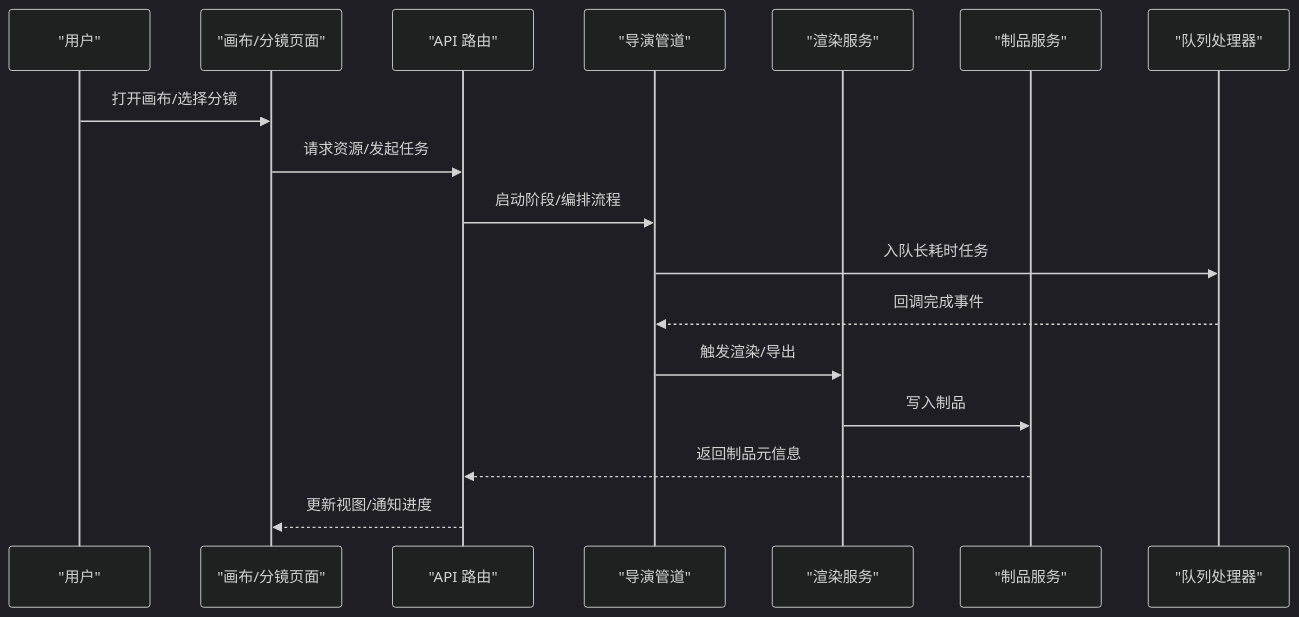
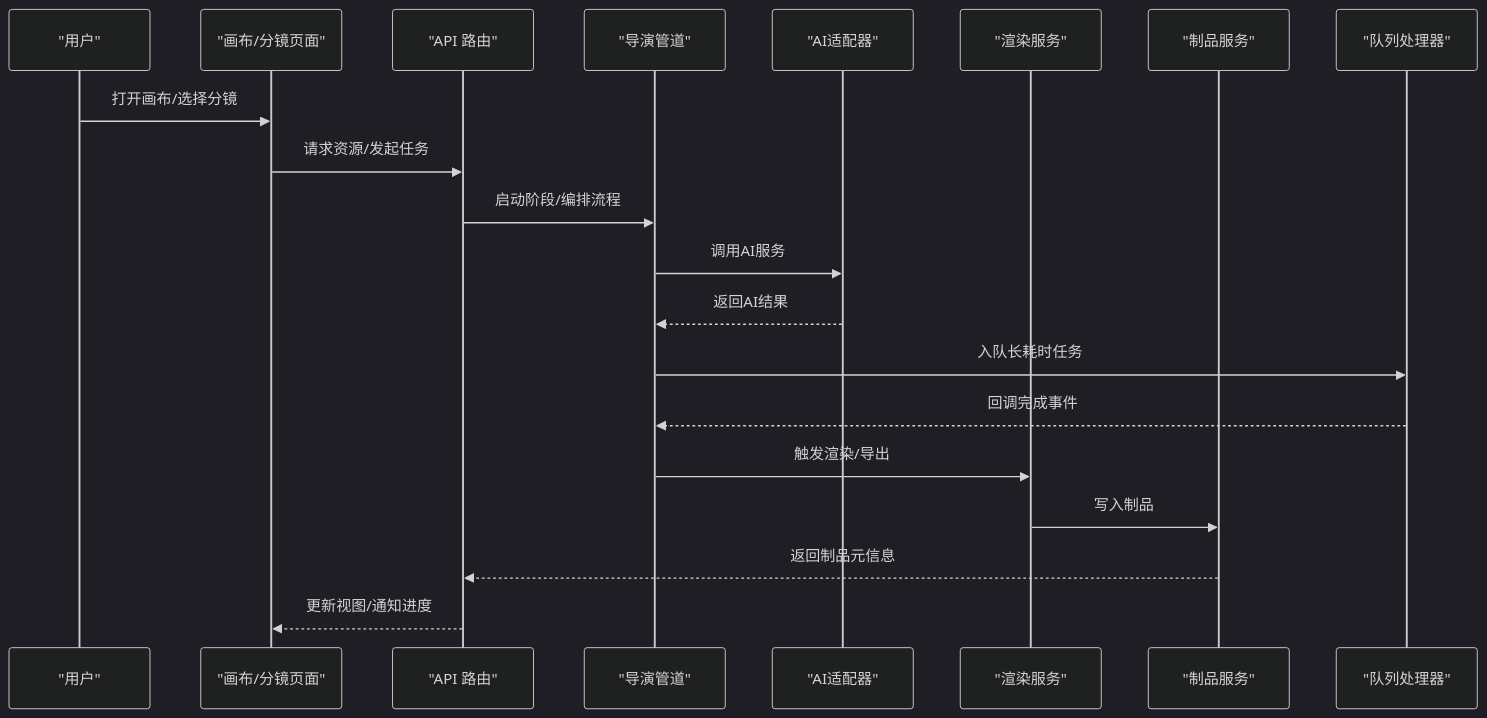
Before and after one commit to AIMFllyYS/code-video-canvas: the second of 6 diagrams in .qoder/repowiki/zh/content/开发指南/问题跟踪系统.md, drawn with Mermaid (dark theme). The commit also changed other lines of this file and 47 other files, not shown here.

````diff
--- a/.qoder/repowiki/zh/content/开发指南/问题跟踪系统.md
+++ b/.qoder/repowiki/zh/content/开发指南/问题跟踪系统.md
@@ -208,19 +232,22 @@
 ```mermaid
 sequenceDiagram
 participant U as "用户"
 participant UI as "画布/分镜页面"
 participant API as "API 路由"
 participant Dir as "导演管道"
+participant AI as "AI适配器"
 participant Ren as "渲染服务"
 participant Art as "制品服务"
 participant Q as "队列处理器"
 U->>UI : 打开画布/选择分镜
 UI->>API : 请求资源/发起任务
 API->>Dir : 启动阶段/编排流程
+Dir->>AI : 调用AI服务
+AI-->>Dir : 返回AI结果
 Dir->>Q : 入队长耗时任务
 Q-->>Dir : 回调完成事件
 Dir->>Ren : 触发渲染/导出
 Ren->>Art : 写入制品
 Art-->>API : 返回制品元信息
 API-->>UI : 更新视图/通知进度
 ```
````
